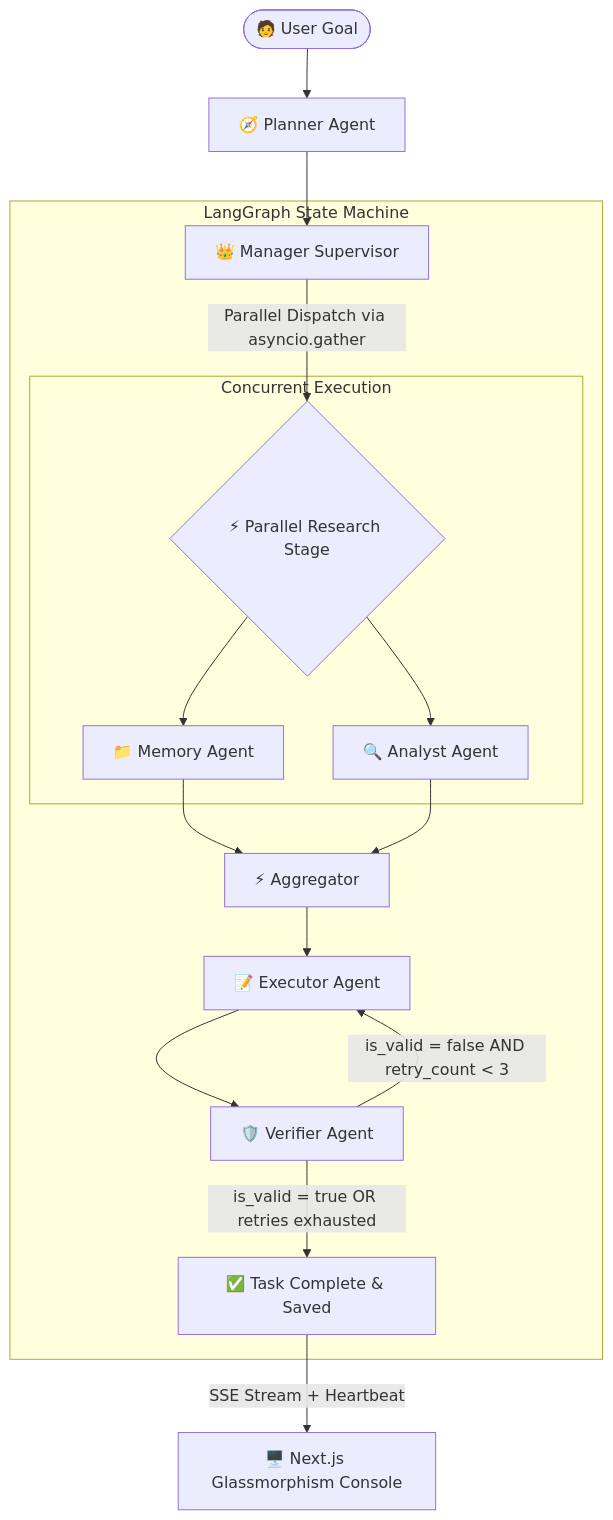
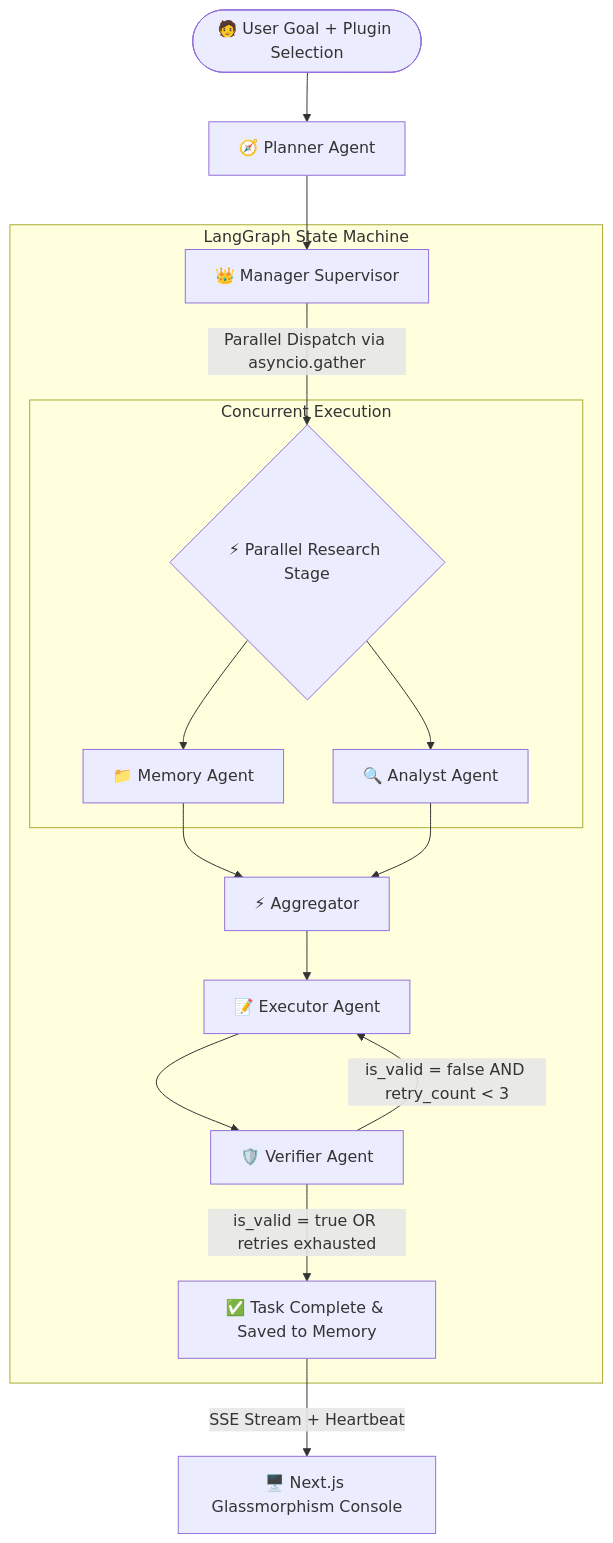
One commit to ultronop592/Agent-Forge changed the diagram in README.md. Above: the diagram before and after it, drawn with Mermaid. The commit also changed other lines of this file, not shown here.

````diff
--- a/README.md
+++ b/README.md
@@ -52,25 +102,25 @@
 ```mermaid
 graph TD
-    User([🧑 User Goal]) --> Planner[🧭 Planner Agent]
+    User([🧑 User Goal + Plugin Selection]) --> Planner[🧭 Planner Agent]
     Planner --> Manager[👑 Manager Supervisor]
 
     subgraph LangGraph State Machine
         Manager -->|Parallel Dispatch via asyncio.gather| ParallelStage{⚡ Parallel Research Stage}
 
         subgraph Concurrent Execution
             ParallelStage --> Memory[📁 Memory Agent]
             ParallelStage --> Analyst[🔍 Analyst Agent]
         end
 
         Memory --> Join[⚡ Aggregator]
         Analyst --> Join
 
         Join --> Executor[📝 Executor Agent]
         Executor --> Verifier[🛡️ Verifier Agent]
 
-        Verifier -->|is_valid = true OR retries exhausted| Done[✅ Task Complete & Saved]
+        Verifier -->|is_valid = true OR retries exhausted| Done[✅ Task Complete & Saved to Memory]
         Verifier -->|is_valid = false AND retry_count < 3| Executor
     end
 
     Done -->|SSE Stream + Heartbeat| UI[🖥️ Next.js Glassmorphism Console]
 ```
````
